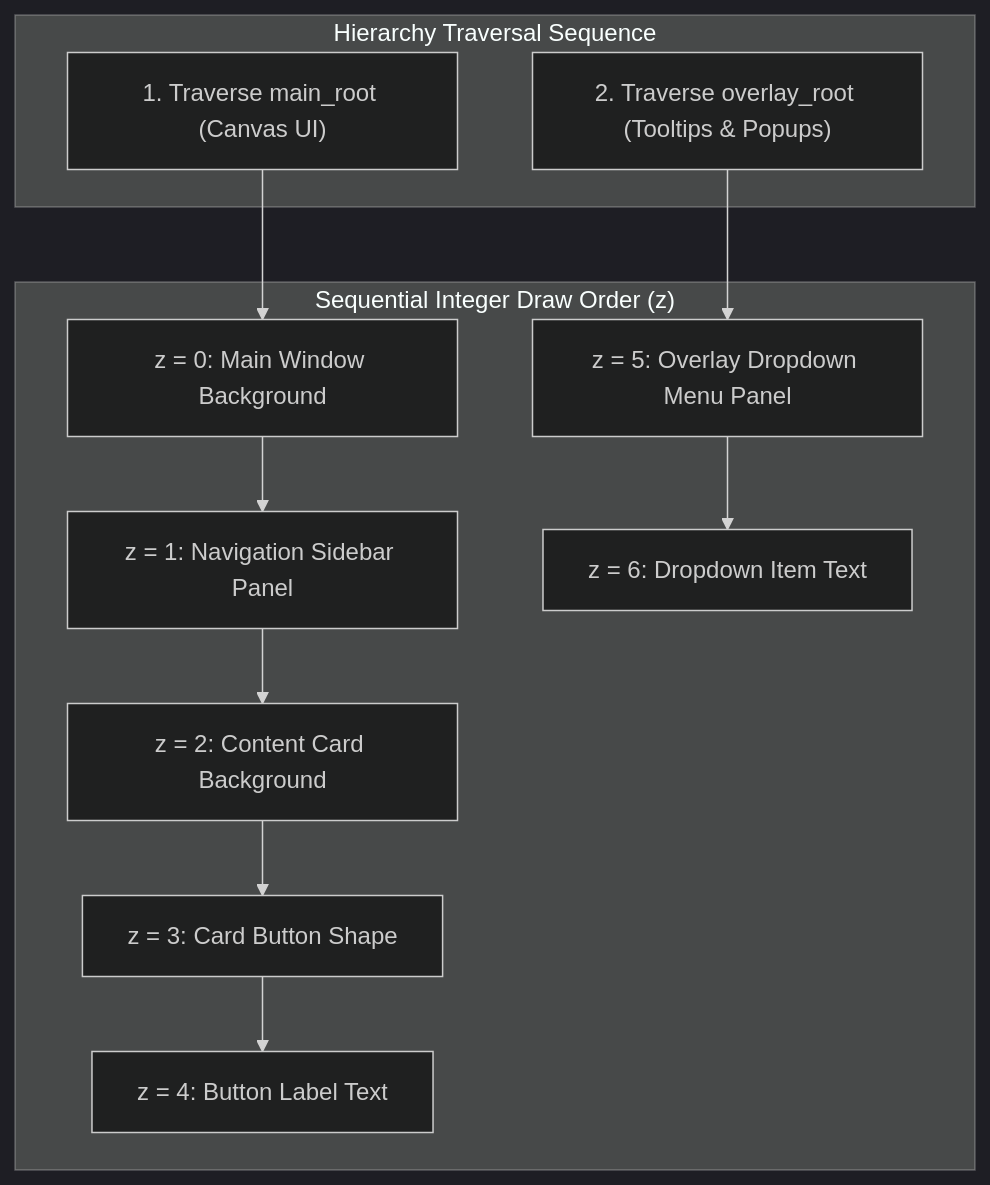
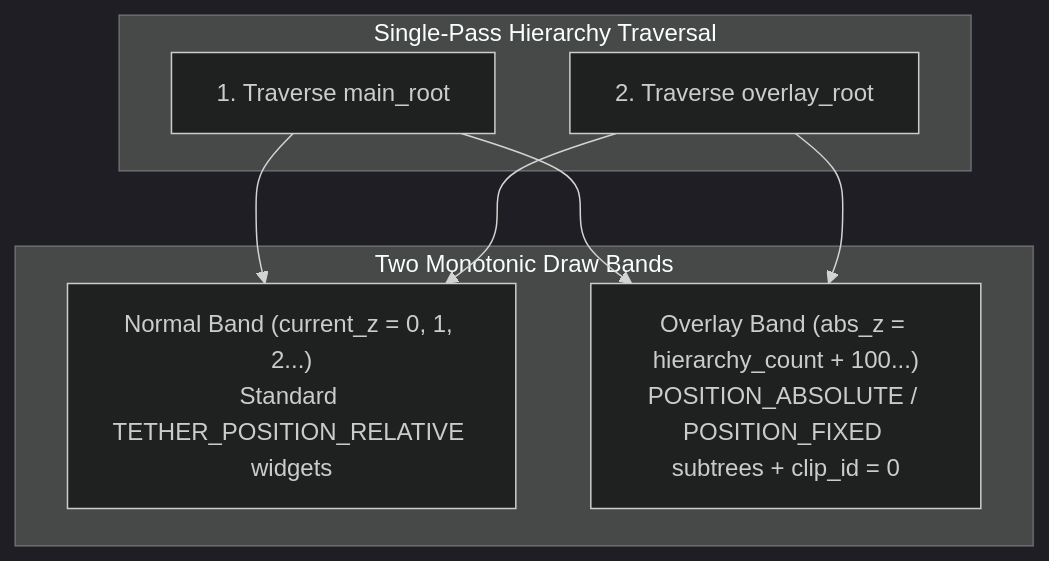
The second of 4 diagrams in docs/technical/08_chitra_rendering.md (Yuvi-GD/Tether), drawn with Mermaid (dark theme) before and after one commit. The commit also changed other lines of this file and 24 other files, not shown here.

Commit message:
docs: align technical docs with v0.0.3-preview and clarify presentation roadmap

````diff
--- a/docs/technical/08_chitra_rendering.md
+++ b/docs/technical/08_chitra_rendering.md
@@ -177,20 +175,17 @@
 ```mermaid
 flowchart TD
-    subgraph TreeSync["Hierarchy Traversal Sequence"]
-        Root1["1. Traverse main_root (Canvas UI)"]
-        Root2["2. Traverse overlay_root (Tooltips & Popups)"]
+    subgraph TreeSync["Single-Pass Hierarchy Traversal"]
+        Root1["1. Traverse main_root"]
+        Root2["2. Traverse overlay_root"]
     end
 
-    subgraph OrderKeys["Sequential Integer Draw Order (z)"]
-        Z0["z = 0: Main Window Background"]
-        Z1["z = 1: Navigation Sidebar Panel"]
-        Z2["z = 2: Content Card Background"]
-        Z3["z = 3: Card Button Shape"]
-        Z4["z = 4: Button Label Text"]
-        Z5["z = 5: Overlay Dropdown Menu Panel"]
-        Z6["z = 6: Dropdown Item Text"]
+    subgraph Bands["Two Monotonic Draw Bands"]
+        Rel["Normal Band (current_z = 0, 1, 2...)\nStandard TETHER_POSITION_RELATIVE widgets"]
+        Abs["Overlay Band (abs_z = hierarchy_count + 100...)\nPOSITION_ABSOLUTE / POSITION_FIXED subtrees + clip_id = 0"]
     end
 
-    Root1 --> Z0 --> Z1 --> Z2 --> Z3 --> Z4
-    Root2 --> Z5 --> Z6
+    Root1 --> Rel
+    Root1 --> Abs
+    Root2 --> Rel
+    Root2 --> Abs
 ```
````
